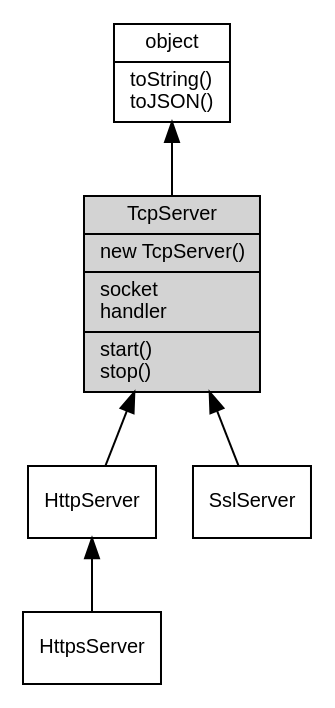
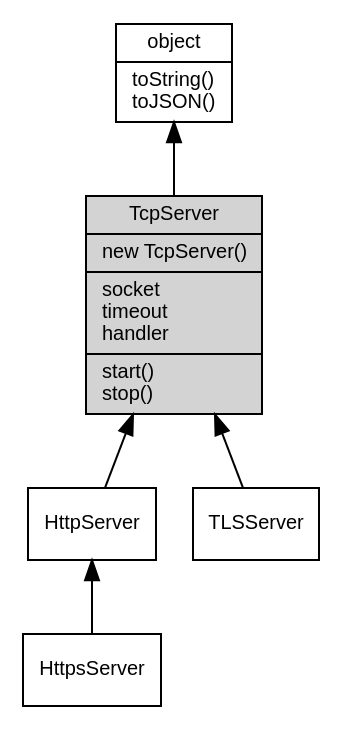
The diagram in docs/manual/object/ifs/TcpServer.md (fibjs/fibjs.org), drawn with Graphviz before and after one commit. The commit also changed other lines of this file and 58 other files, not shown here.

````diff
--- a/docs/manual/object/ifs/TcpServer.md
+++ b/docs/manual/object/ifs/TcpServer.md
@@ -30,16 +30,16 @@
 ```dot
 digraph {
     node [fontname="Helvetica,sans-Serif", fontsize=10, shape="record", style="filled", fillcolor="white"];
 
     object [tooltip="object", URL="object.md", label="{object|toString()\ltoJSON()\l}"];
-    TcpServer [tooltip="TcpServer", fillcolor="lightgray", id="me", label="{TcpServer|new TcpServer()\l|socket\lhandler\l|start()\lstop()\l}"];
+    TcpServer [tooltip="TcpServer", fillcolor="lightgray", id="me", label="{TcpServer|new TcpServer()\l|socket\ltimeout\lhandler\l|start()\lstop()\l}"];
     HttpServer [tooltip="HttpServer", URL="HttpServer.md", label="{HttpServer}"];
     HttpsServer [tooltip="HttpsServer", URL="HttpsServer.md", label="{HttpsServer}"];
-    SslServer [tooltip="SslServer", URL="SslServer.md", label="{SslServer}"];
+    TLSServer [tooltip="TLSServer", URL="TLSServer.md", label="{TLSServer}"];
 
     object -> TcpServer [dir=back];
     TcpServer -> HttpServer [dir=back];
     HttpServer -> HttpsServer [dir=back];
-    TcpServer -> SslServer [dir=back];
+    TcpServer -> TLSServer [dir=back];
 }
 ```
````
